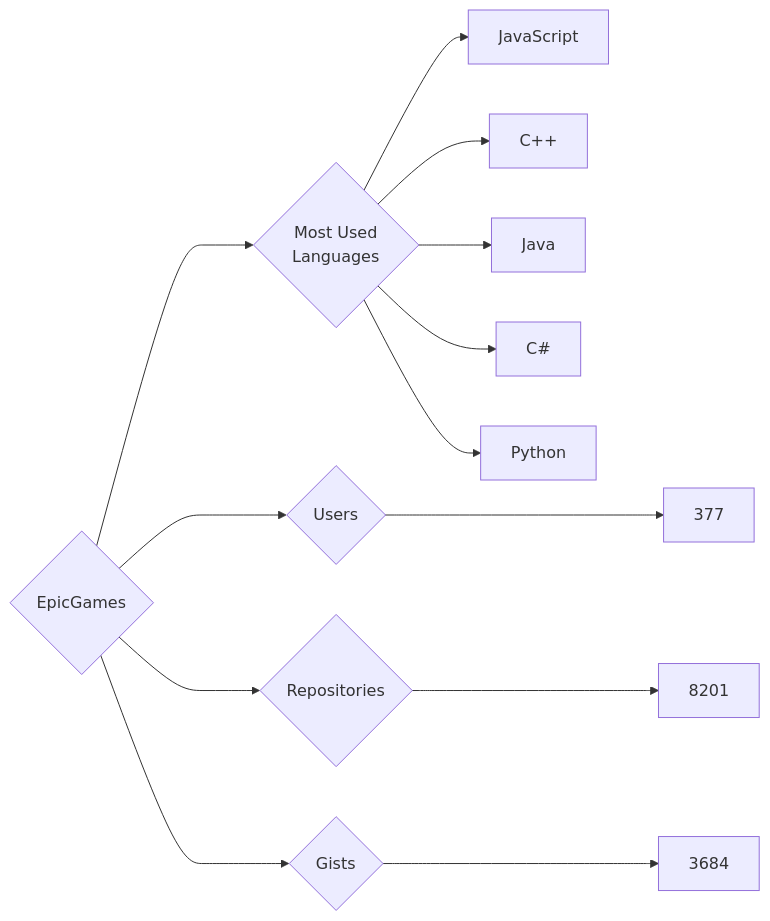
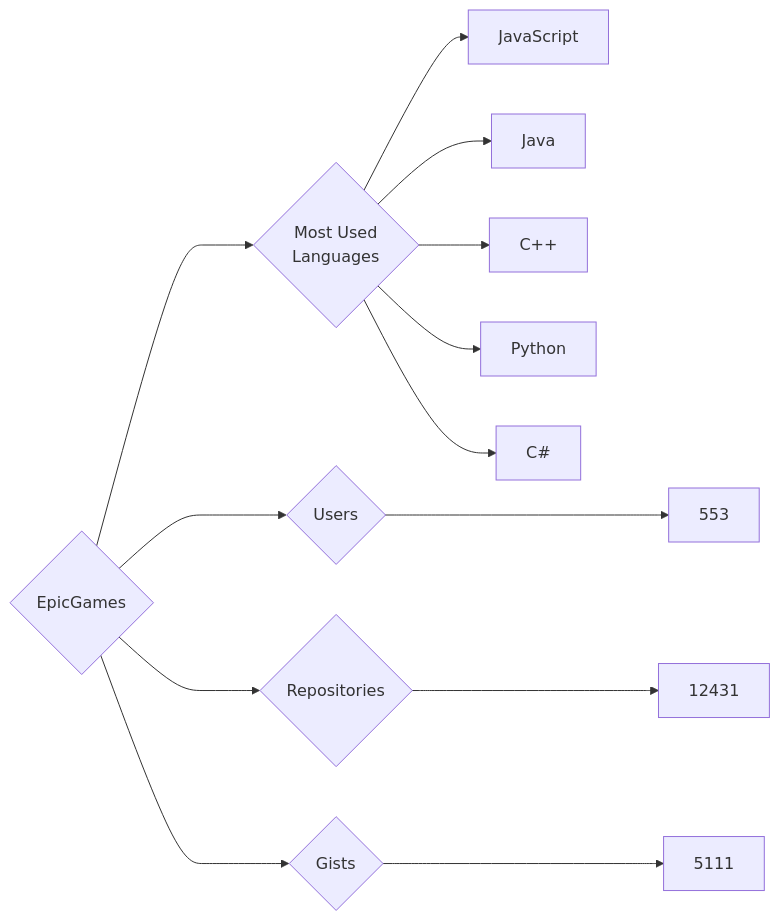
One commit to trickest/insiders changed the diagram in targets/EpicGames/README.md. Above: the diagram before and after it, drawn with Mermaid. The commit also changed 633 other files, not shown here.

````diff
--- a/targets/EpicGames/README.md
+++ b/targets/EpicGames/README.md
@@ -3,13 +3,13 @@
 ```mermaid
 graph LR
 COMPANY_NAME{EpicGames}
-COMPANY_NAME ---> U{Users} ---> UN[377]
-COMPANY_NAME ---> R{Repositories} ---> RN[8201]
-COMPANY_NAME ---> G{Gists} ---> GN[3684]
+COMPANY_NAME ---> U{Users} ---> UN[553]
+COMPANY_NAME ---> R{Repositories} ---> RN[12431]
+COMPANY_NAME ---> G{Gists} ---> GN[5111]
 COMPANY_NAME ---> ML{Most Used<br>Languages}
 ML --> JavaScript[JavaScript]
+ML --> Java[Java]
 ML --> C++[C++]
-ML --> Java[Java]
+ML --> Python[Python]
 ML --> C#[C#]
-ML --> Python[Python]
 ```
````
